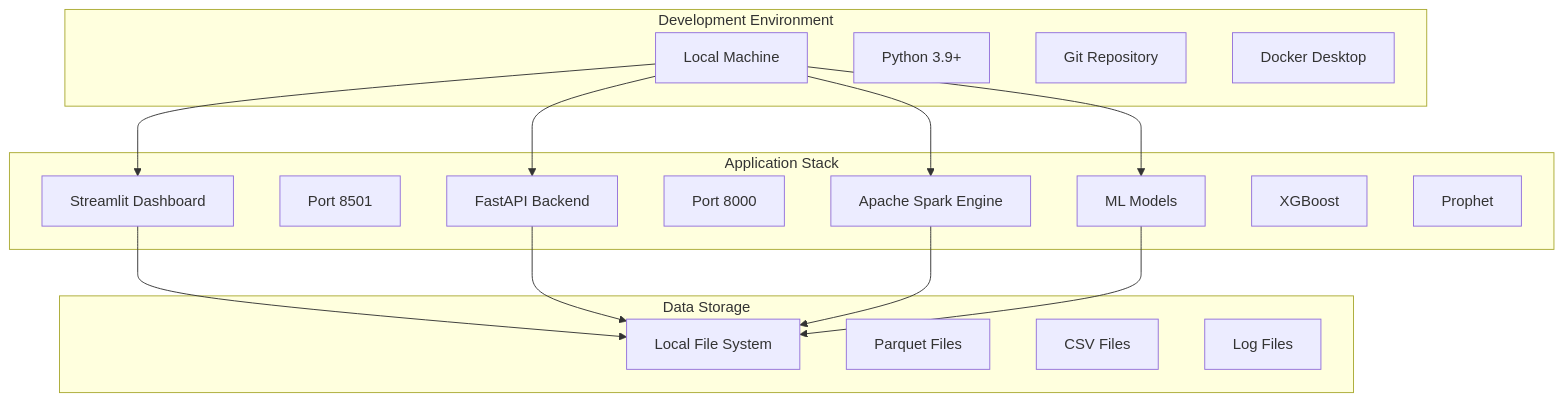
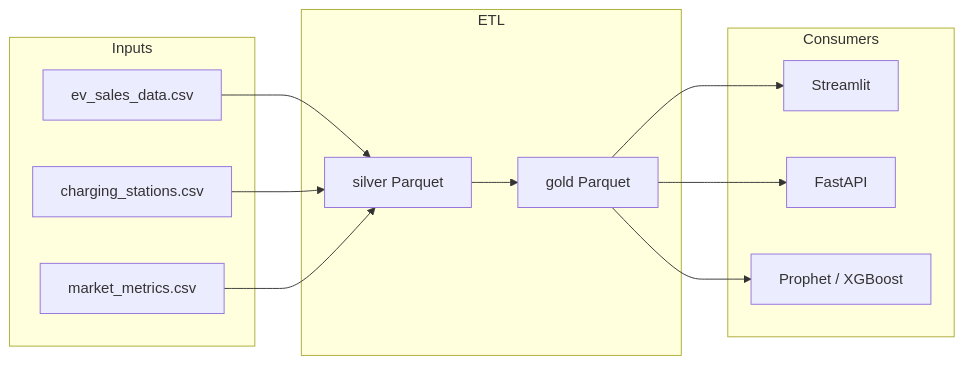
Before and after one commit to prachichoudhary2004/EV-Intelligence-Analytics-Platform: the diagram in README.md, drawn with Mermaid. The commit also changed other lines of this file, not shown here.

````diff
--- a/README.md
+++ b/README.md
@@ -260,36 +157,24 @@
 ```mermaid
-graph TB
-    subgraph "Development Environment"
-        A[Local Machine]
-        A1[Python 3.9+]
-        A2[Git Repository]
-        A3[Docker Desktop]
-    end
-    
-    subgraph "Application Stack"
-        B[Streamlit Dashboard]
-            B1[Port 8501]
-        C[FastAPI Backend]
-            C1[Port 8000]
-        D[Apache Spark Engine]
-        E[ML Models]
-            E1[XGBoost]
-            E2[Prophet]
-    end
-    
-    subgraph "Data Storage"
-        F[Local File System]
-            F1[Parquet Files]
-            F2[CSV Files]
-            F3[Log Files]
-    end
-    
-    A --> B
-    A --> C
-    A --> D
-    A --> E
-    B --> F
-    C --> F
-    D --> F
-    E --> F
+flowchart LR
+  subgraph inputs [Inputs]
+    B1[ev_sales_data.csv]
+    B2[charging_stations.csv]
+    B3[market_metrics.csv]
+  end
+  subgraph etl [ETL]
+    S[silver Parquet]
+    G[gold Parquet]
+  end
+  subgraph consumers [Consumers]
+    ST[Streamlit]
+    API[FastAPI]
+    ML[Prophet / XGBoost]
+  end
+  B1 --> S
+  B2 --> S
+  B3 --> S
+  S --> G
+  G --> ST
+  G --> API
+  G --> ML
 ```
````
